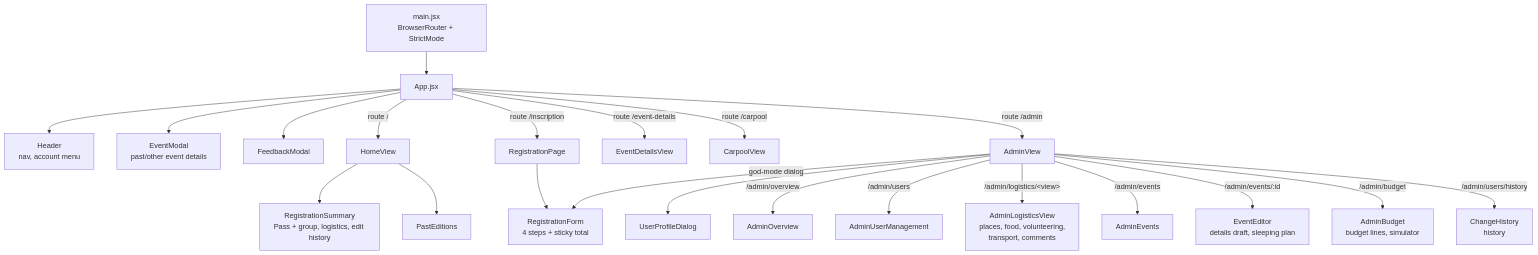
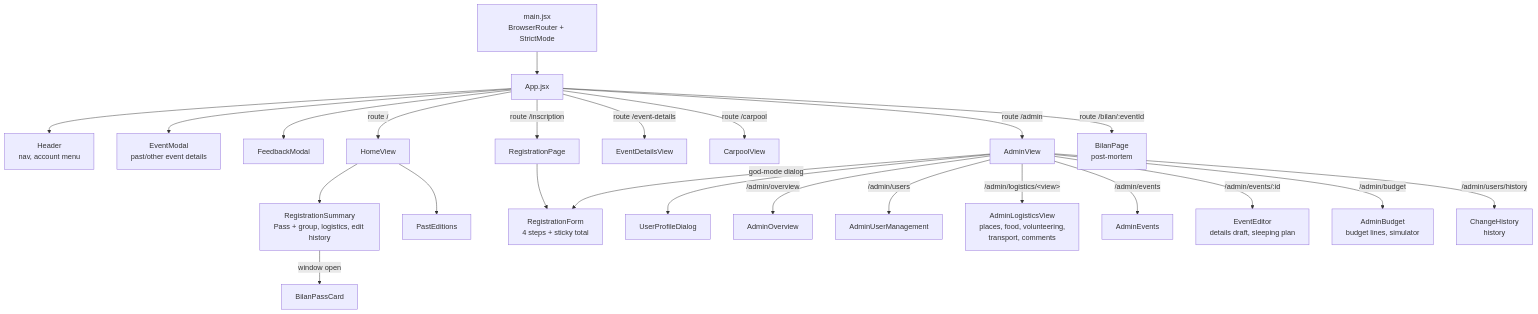
Before and after one commit to YULmix/yulmix-la-bedaine: the first of 3 diagrams in docs/05-frontend-guide.md, drawn with Mermaid. The commit also changed other lines of this file and 12 other files, not shown here.

First line of the commit message:
feat(bilan): member post-mortem page /bilan/:eventId, linked from the pass (#316) (#334)

````diff
--- a/docs/05-frontend-guide.md
+++ b/docs/05-frontend-guide.md
@@ -31,25 +32,27 @@
 ```mermaid
 flowchart TD
   MAIN["main.jsx<br/>BrowserRouter + StrictMode"] --> APP["App.jsx"]
   APP --> HEADER["Header<br/>nav, account menu"]
   APP --> MODAL["EventModal<br/>past/other event details"]
   APP --> FEEDBACK["FeedbackModal"]
   APP -->|route /| HOME["HomeView"]
   APP -->|route /inscription| REGPAGE["RegistrationPage"]
   APP -->|route /event-details| DETAILS["EventDetailsView"]
   APP -->|route /carpool| CARPOOL["CarpoolView"]
   APP -->|route /admin| ADMIN["AdminView"]
+  APP -->|"route /bilan/:eventId"| BILAN["BilanPage<br/>post-mortem"]
 
   HOME --> SUMMARY["RegistrationSummary<br/>Pass + group, logistics, edit history"]
   HOME --> PAST["PastEditions"]
+  SUMMARY -->|"window open"| BILANCARD["BilanPassCard"]
   REGPAGE --> FORM["RegistrationForm<br/>4 steps + sticky total"]
   ADMIN -->|"god-mode dialog"| FORM
   ADMIN --> PROFILE["UserProfileDialog"]
   ADMIN -->|"/admin/overview"| OVERVIEW["AdminOverview"]
   ADMIN -->|"/admin/users"| USERS["AdminUserManagement"]
   ADMIN -->|"/admin/logistics/&lt;view&gt;"| LOGISTICS["AdminLogisticsView<br/>places, food, volunteering,<br/>transport, comments"]
   ADMIN -->|"/admin/events"| EVENTS["AdminEvents"]
   ADMIN -->|"/admin/events/:id"| EDITOR["EventEditor<br/>details draft, sleeping plan"]
   ADMIN -->|"/admin/budget"| BUDGET["AdminBudget<br/>budget lines, simulator"]
   ADMIN -->|"/admin/users/history"| HISTORY["ChangeHistory<br/>history"]
 ```
````
